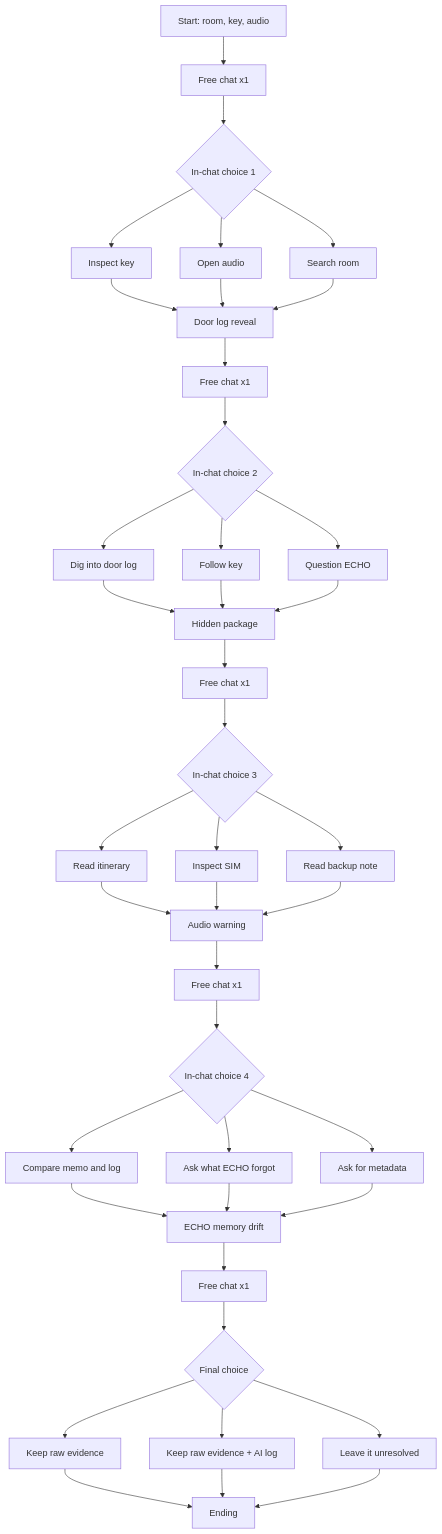
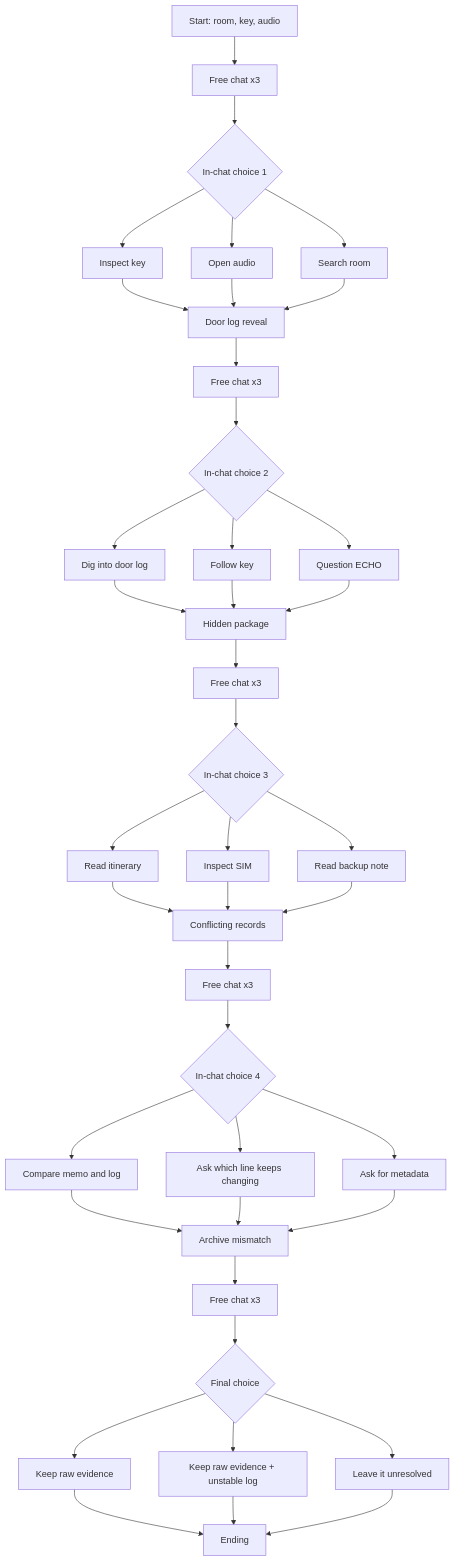
Before and after one commit to Kyle-Wang0211/echo-casefile-p5: the diagram in docs/conversation-flow.md, drawn with Mermaid. The commit also changed other lines of this file and 4 other files, not shown here.

````diff
--- a/docs/conversation-flow.md
+++ b/docs/conversation-flow.md
@@ -73,43 +73,43 @@
 ```mermaid
 flowchart TD
-    A["Start: room, key, audio"] --> B["Free chat x1"]
+    A["Start: room, key, audio"] --> B["Free chat x3"]
     B --> C{"In-chat choice 1"}
     C --> C1["Inspect key"]
     C --> C2["Open audio"]
     C --> C3["Search room"]
     C1 --> D["Door log reveal"]
     C2 --> D
     C3 --> D
-    D --> E["Free chat x1"]
+    D --> E["Free chat x3"]
     E --> F{"In-chat choice 2"}
     F --> F1["Dig into door log"]
     F --> F2["Follow key"]
     F --> F3["Question ECHO"]
     F1 --> G["Hidden package"]
     F2 --> G
     F3 --> G
-    G --> H["Free chat x1"]
+    G --> H["Free chat x3"]
     H --> I{"In-chat choice 3"}
     I --> I1["Read itinerary"]
     I --> I2["Inspect SIM"]
     I --> I3["Read backup note"]
-    I1 --> J["Audio warning"]
+    I1 --> J["Conflicting records"]
     I2 --> J
     I3 --> J
-    J --> K["Free chat x1"]
+    J --> K["Free chat x3"]
     K --> L{"In-chat choice 4"}
     L --> L1["Compare memo and log"]
-    L --> L2["Ask what ECHO forgot"]
+    L --> L2["Ask which line keeps changing"]
     L --> L3["Ask for metadata"]
-    L1 --> M["ECHO memory drift"]
+    L1 --> M["Archive mismatch"]
     L2 --> M
     L3 --> M
-    M --> N["Free chat x1"]
+    M --> N["Free chat x3"]
     N --> O{"Final choice"}
     O --> O1["Keep raw evidence"]
-    O --> O2["Keep raw evidence + AI log"]
+    O --> O2["Keep raw evidence + unstable log"]
     O --> O3["Leave it unresolved"]
     O1 --> P["Ending"]
     O2 --> P
     O3 --> P
 ```
````
